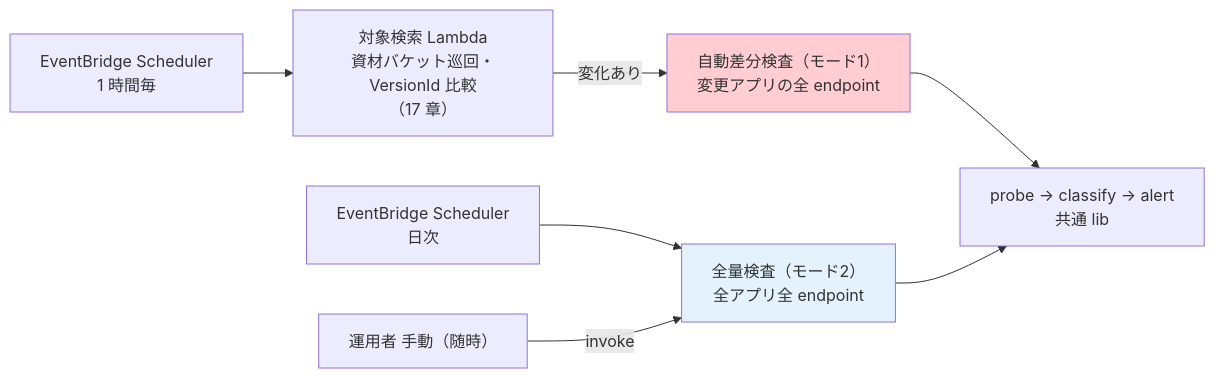
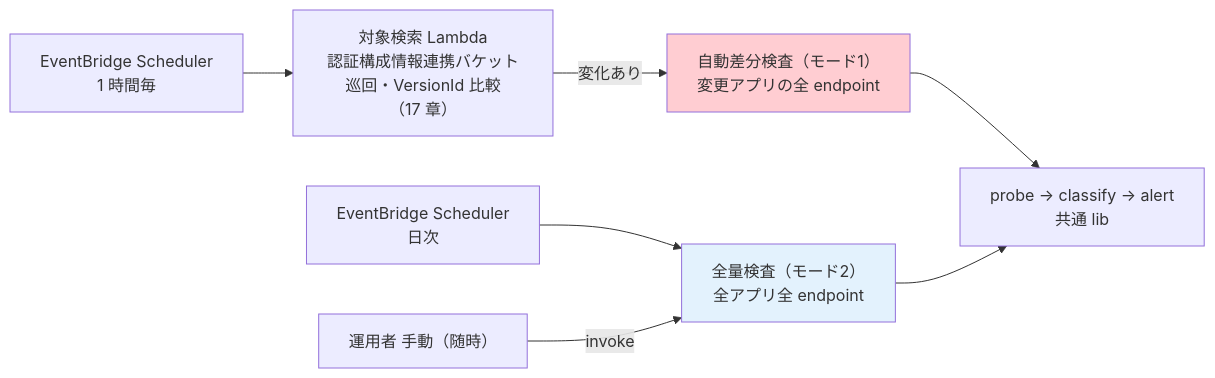
The first of 2 diagrams in doc/api-platform/basic-design/18-scan-modes-and-scheduling.md (suepie/aws-atuh-poc), drawn with Mermaid before and after one commit. The commit also changed other lines of this file and 18 other files, not shown here.

````diff
--- a/doc/api-platform/basic-design/18-scan-modes-and-scheduling.md
+++ b/doc/api-platform/basic-design/18-scan-modes-and-scheduling.md
@@ -31,10 +31,10 @@
 ```mermaid
 flowchart LR
-    SCH["EventBridge Scheduler<br/>1 時間毎"] --> DISC["対象検索 Lambda<br/>資材バケット巡回・VersionId 比較<br/>（17 章）"]
+    SCH["EventBridge Scheduler<br/>1 時間毎"] --> DISC["対象検索 Lambda<br/>認証構成情報連携バケット巡回・VersionId 比較<br/>（17 章）"]
     DISC -->|変化あり| MODE1["自動差分検査（モード1）<br/>変更アプリの全 endpoint"]
     SCHF["EventBridge Scheduler<br/>日次"] --> MODE2["全量検査（モード2）<br/>全アプリ全 endpoint"]
     Manual["運用者 手動（随時）"] -->|invoke| MODE2
     MODE1 & MODE2 --> C[probe → classify → alert<br/>共通 lib]
     style MODE1 fill:#ffcdd2
     style MODE2 fill:#e3f2fd
 ```
````
